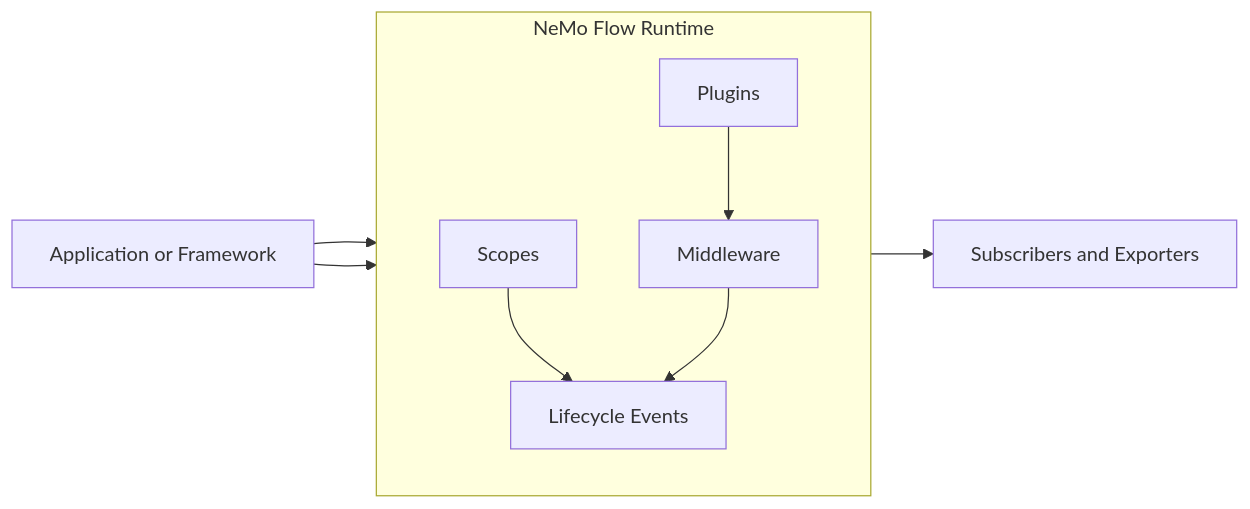
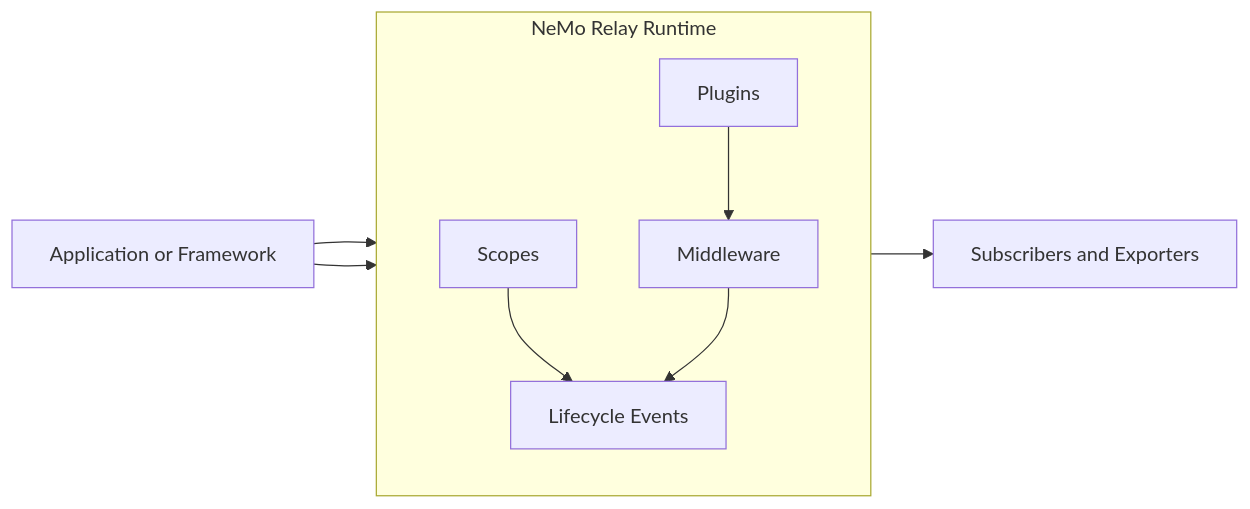
One commit to NVIDIA/NeMo-Relay changed the diagram in README.md. Above: the diagram before and after it, drawn with Mermaid. The commit also changed other lines of this file and 715 other files, not shown here.

````diff
--- a/README.md
+++ b/README.md
@@ -74,21 +74,21 @@
 ```mermaid
 flowchart LR
     App[Application or Framework]
 
-    subgraph Runtime[NeMo Flow Runtime]
+    subgraph Runtime[NeMo Relay Runtime]
         direction TB
         Scopes[Scopes]
         Middleware[Middleware]
         Plugins[Plugins]
         Events[Lifecycle Events]
     end
 
     Output[Subscribers and Exporters]
 
     App --> Scopes
     App --> Middleware
     Plugins --> Middleware
     Scopes --> Events
     Middleware --> Events
     Events --> Output
 ```
````
